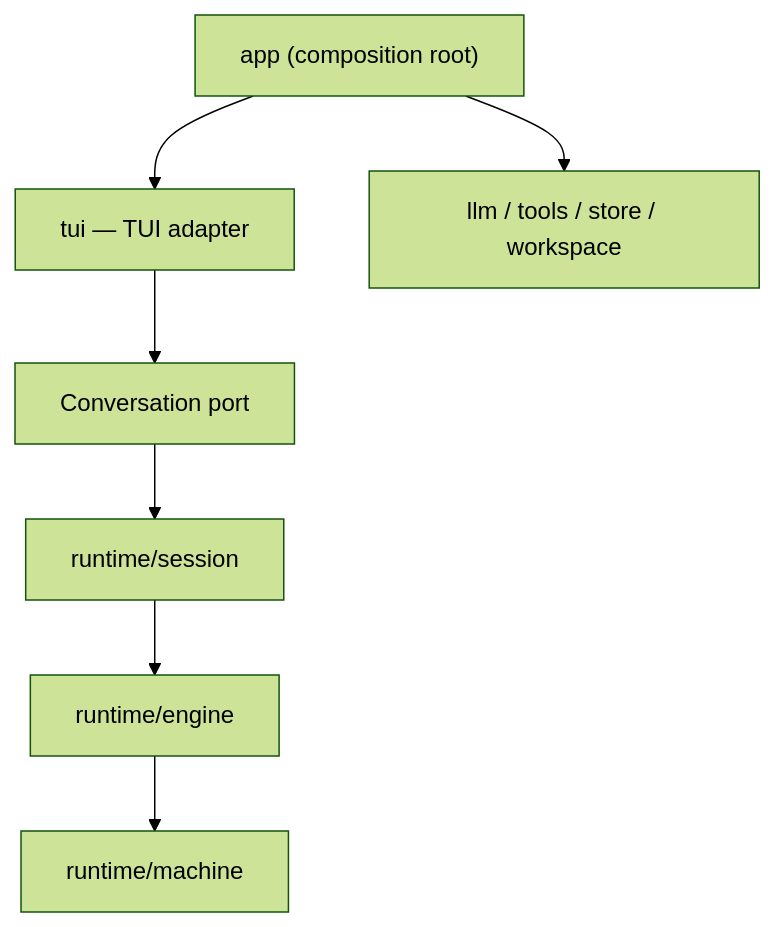
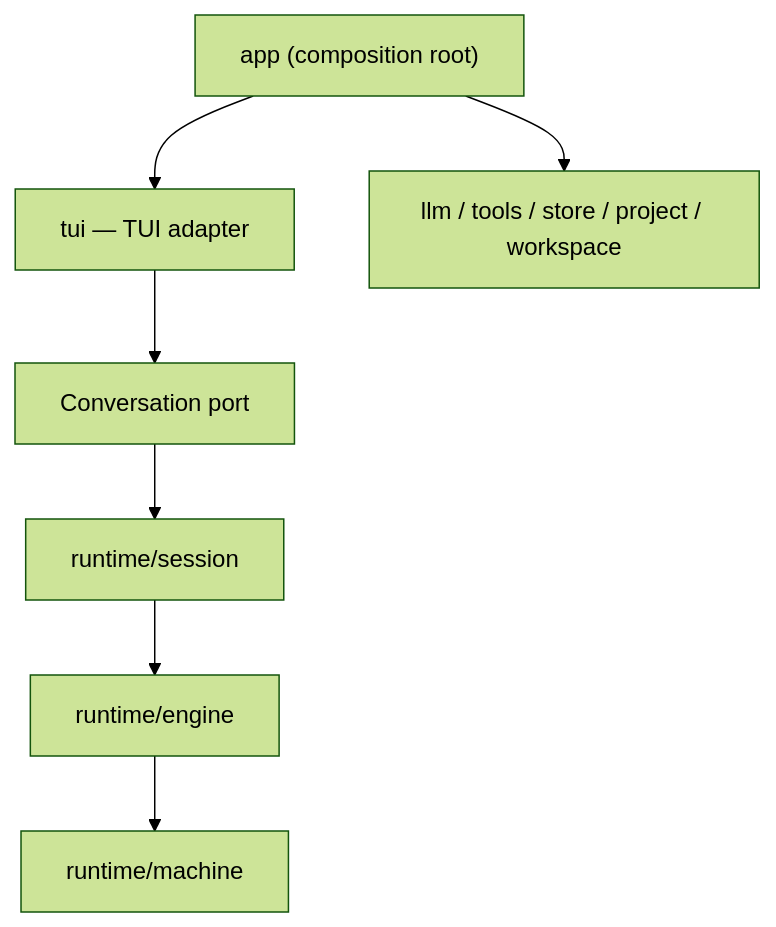
The diagram in docs/architecture.md (Boatjoey/super-agent), drawn with Mermaid (forest theme) before and after one commit. The commit also changed other lines of this file and 46 other files, not shown here.

````diff
--- a/docs/architecture.md
+++ b/docs/architecture.md
@@ -5,17 +5,17 @@
 ```mermaid
 flowchart TD
     app["app (composition root)"]
     tui["tui — TUI adapter"]
-    adapters["llm / tools / store / workspace"]
+    adapters["llm / tools / store / project / workspace"]
     port["Conversation port"]
     session["runtime/session"]
     engine["runtime/engine"]
     machine["runtime/machine"]
 
     app --> tui
     app --> adapters
     tui --> port
     port --> session
     session --> engine
     engine --> machine
 ```
````
